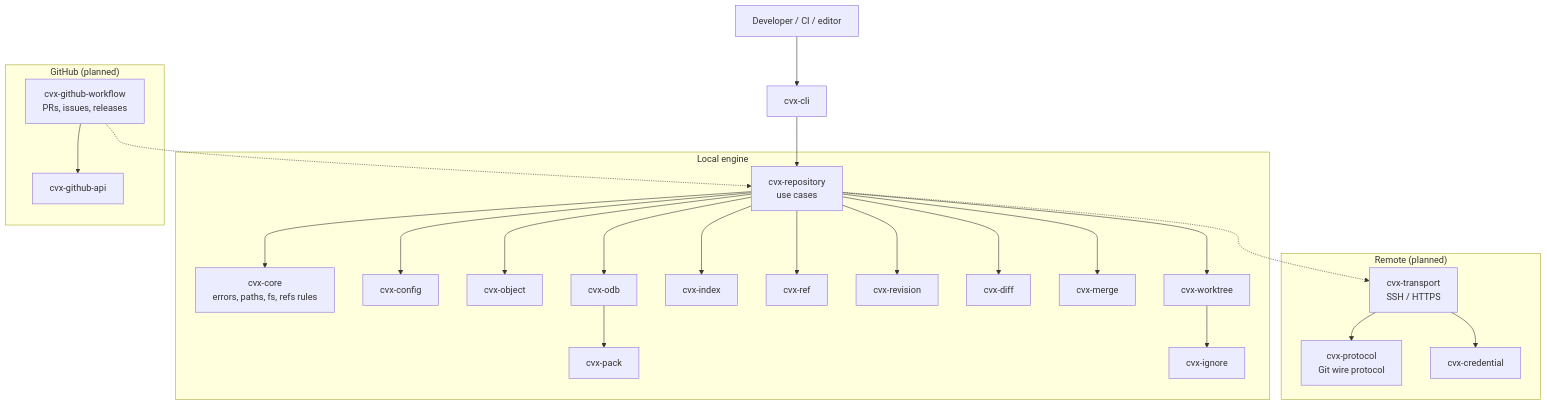
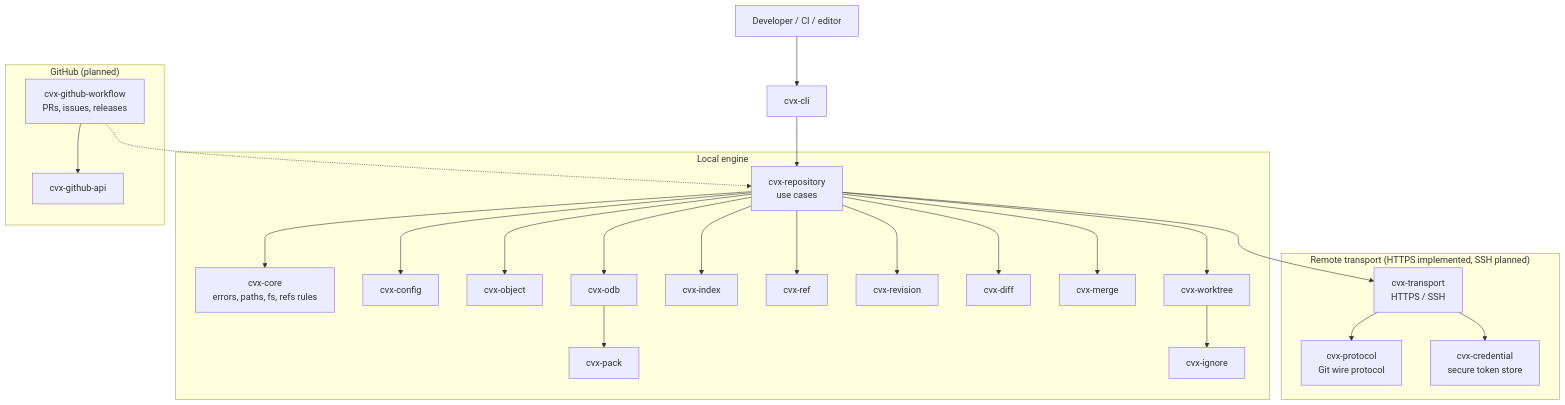
One commit to marcosgabrielgomes110-collab/cvx changed the first of 9 diagrams in docs/architecture.md. Above: the diagram before and after it, drawn with Mermaid. The commit also changed other lines of this file and 25 other files, not shown here.

First line of the commit message:
feat: add HTTPS transport and secure credentials

````diff
--- a/docs/architecture.md
+++ b/docs/architecture.md
@@ -12,37 +12,37 @@
 ```mermaid
 flowchart TB
     Dev["Developer / CI / editor"] --> CLI["cvx-cli"]
     CLI --> Repo["cvx-repository<br/>use cases"]
 
     subgraph Local["Local engine"]
         Repo --> Core["cvx-core<br/>errors, paths, fs, refs rules"]
         Repo --> Config["cvx-config"]
         Repo --> Object["cvx-object"]
         Repo --> ODB["cvx-odb"]
         Repo --> Index["cvx-index"]
         Repo --> Refs["cvx-ref"]
         Repo --> Revision["cvx-revision"]
         Repo --> Diff["cvx-diff"]
         Repo --> Merge["cvx-merge"]
         Repo --> Worktree["cvx-worktree"]
         ODB --> Pack["cvx-pack"]
         Worktree --> Ignore["cvx-ignore"]
     end
 
-    subgraph Remote["Remote (planned)"]
-        Transport["cvx-transport<br/>SSH / HTTPS"]
+    subgraph Remote["Remote transport (HTTPS implemented, SSH planned)"]
+        Transport["cvx-transport<br/>HTTPS / SSH"]
         Protocol["cvx-protocol<br/>Git wire protocol"]
-        Credential["cvx-credential"]
+        Credential["cvx-credential<br/>secure token store"]
         Transport --> Protocol
         Transport --> Credential
     end
 
     subgraph GitHub["GitHub (planned)"]
         API["cvx-github-api"]
         Flow["cvx-github-workflow<br/>PRs, issues, releases"]
         Flow --> API
     end
 
-    Repo -.-> Transport
+    Repo --> Transport
     Flow -.-> Repo
 ```
````
